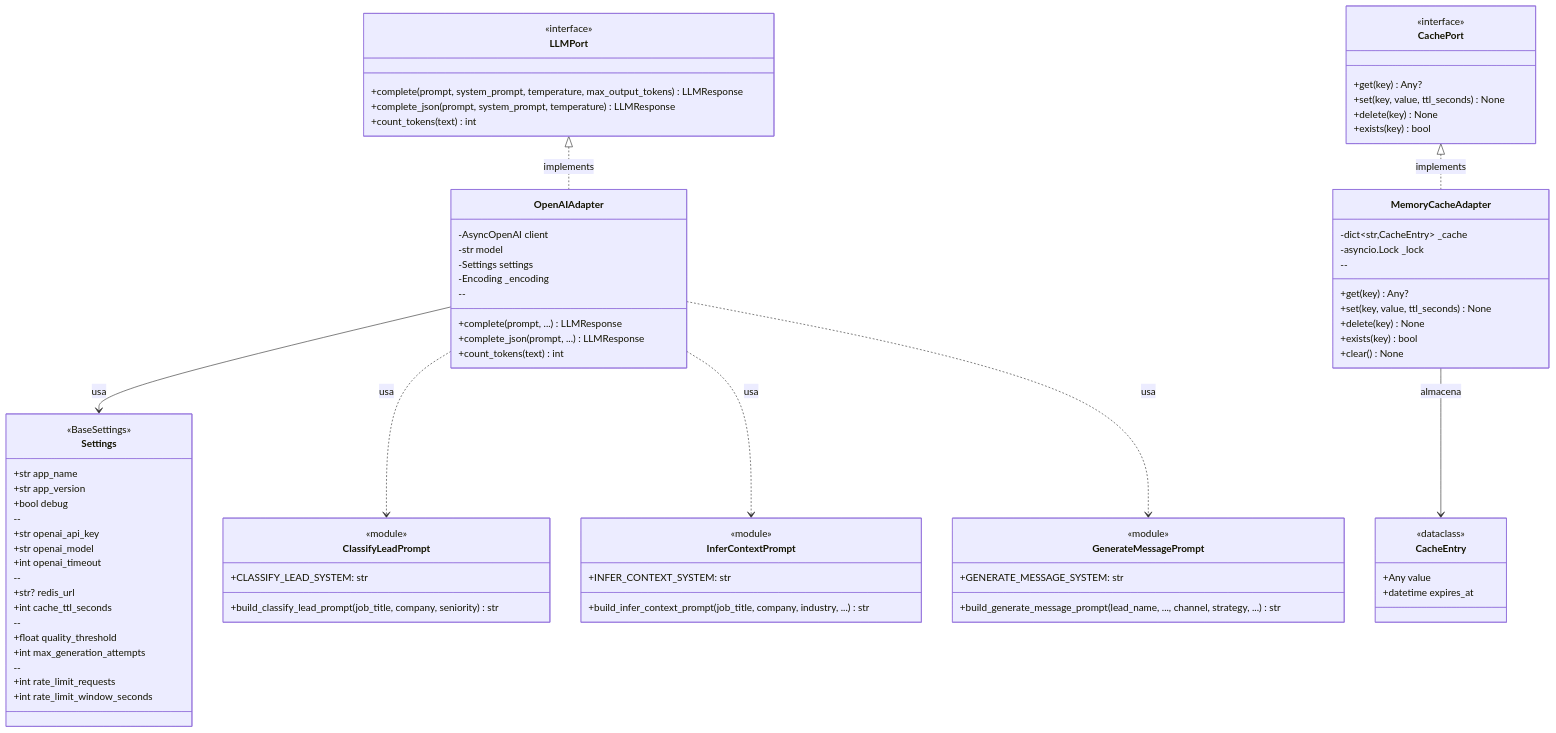
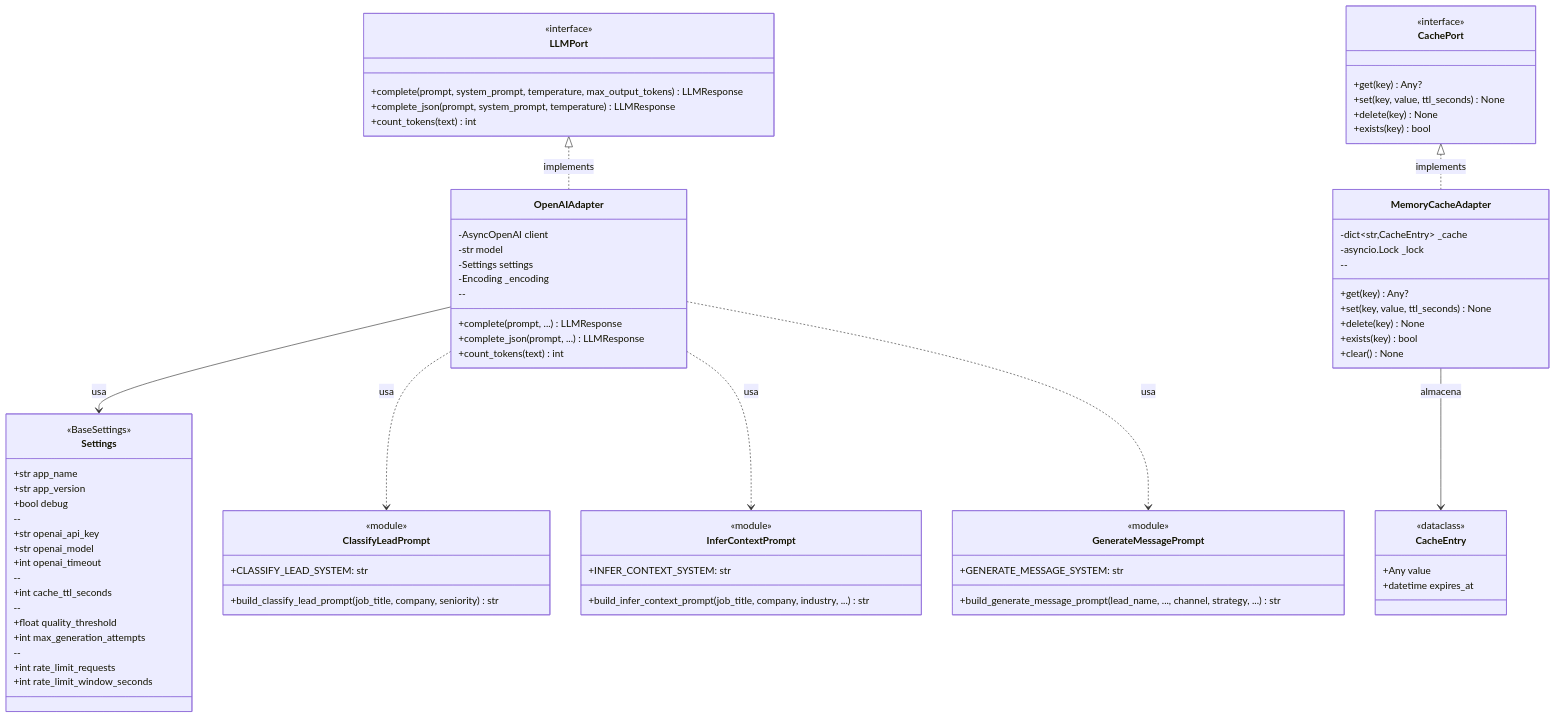
One commit to josemartinrodriguezmortaloni/LeadAdapter changed the seventh of 8 diagrams in README.md. Above: the diagram before and after it, drawn with Mermaid. The commit also changed other lines of this file and 1 other file, not shown here.

First line of the commit message:
fix: remove Redis references (not implemented yet)

```diff
--- a/README.md
+++ b/README.md
@@ -914,7 +914,6 @@
         +str openai_model
         +int openai_timeout
         --
-        +str? redis_url
         +int cache_ttl_seconds
         --
         +float quality_threshold
```
